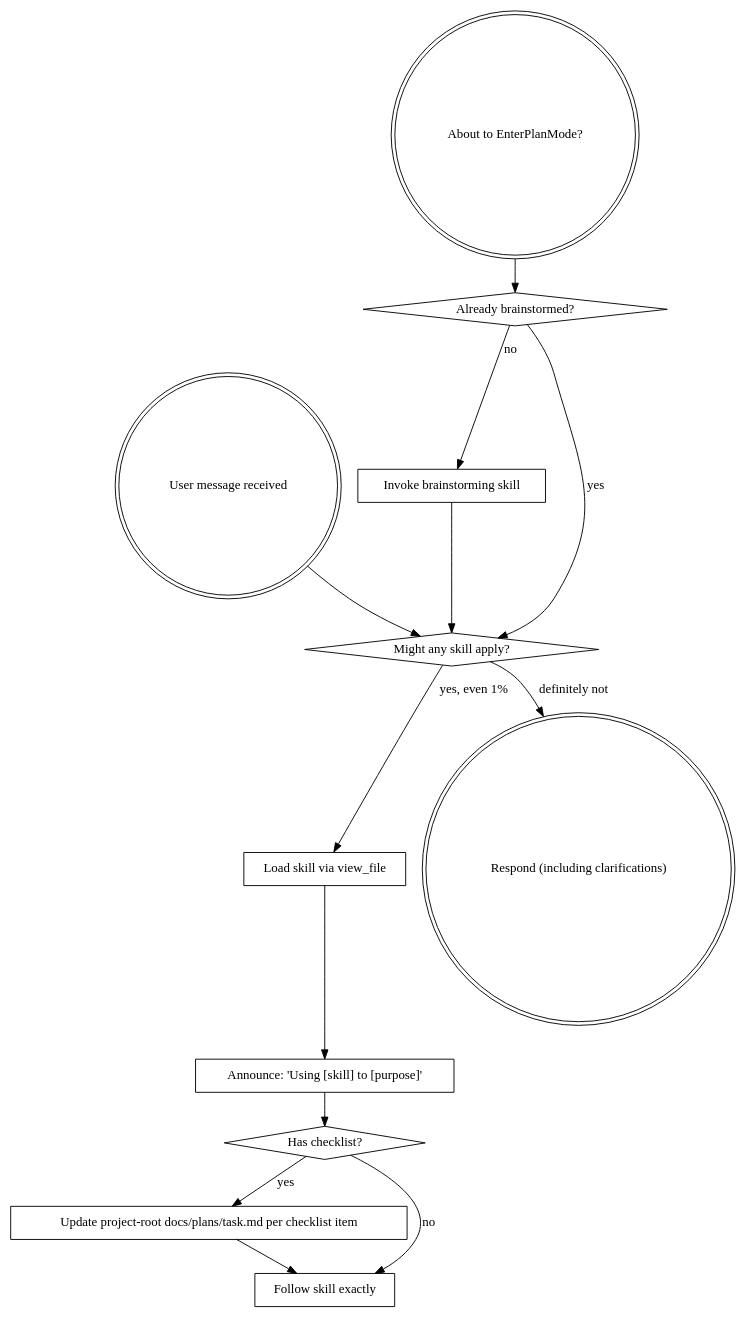
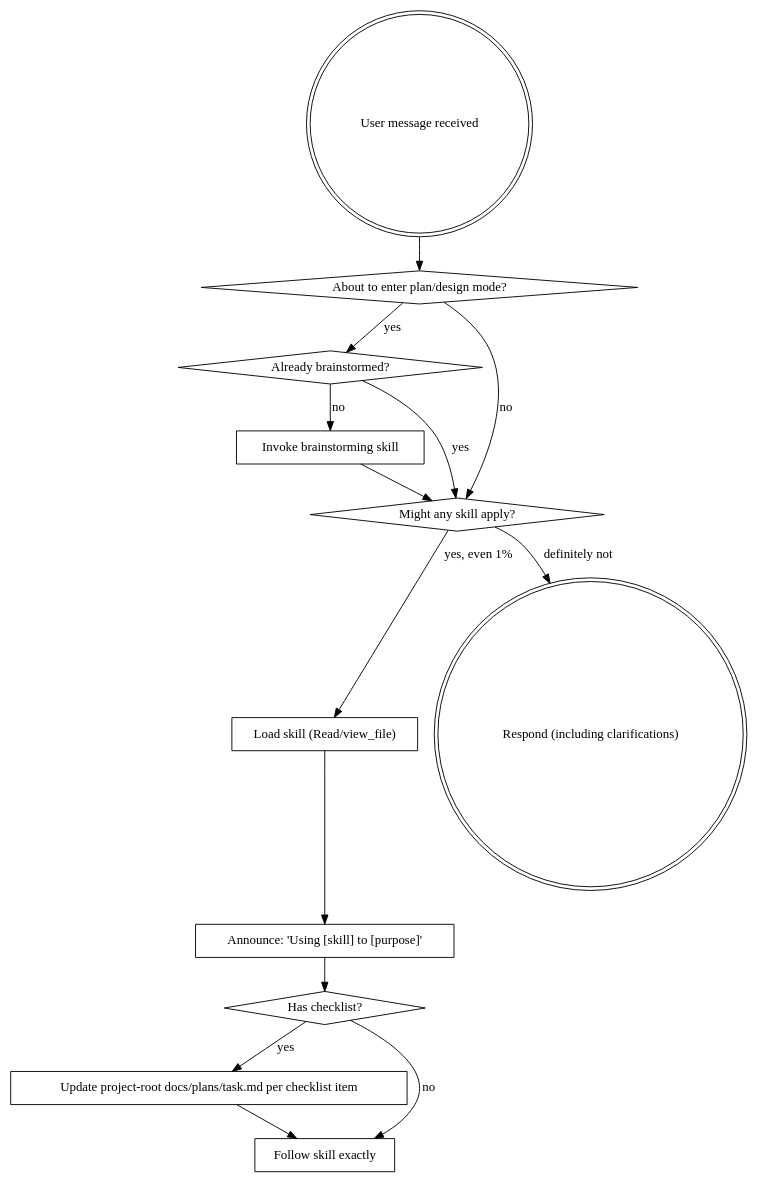
One commit to joranski/agents changed the diagram in stubs/agents/skills/using-superpowers/SKILL.md. Above: the diagram before and after it, drawn with Graphviz. The commit also changed other lines of this file and 13 other files, not shown here.

````diff
--- a/stubs/agents/skills/using-superpowers/SKILL.md
+++ b/stubs/agents/skills/using-superpowers/SKILL.md
@@ -26,29 +26,30 @@
 ```dot
 digraph skill_flow {
     "User message received" [shape=doublecircle];
-    "About to EnterPlanMode?" [shape=doublecircle];
+    "About to enter plan/design mode?" [shape=diamond];
     "Already brainstormed?" [shape=diamond];
     "Invoke brainstorming skill" [shape=box];
     "Might any skill apply?" [shape=diamond];
-    "Load skill via view_file" [shape=box];
+    "Load skill (Read/view_file)" [shape=box];
     "Announce: 'Using [skill] to [purpose]'" [shape=box];
     "Has checklist?" [shape=diamond];
     "Update project-root docs/plans/task.md per checklist item" [shape=box];
     "Follow skill exactly" [shape=box];
     "Respond (including clarifications)" [shape=doublecircle];
 
-    "About to EnterPlanMode?" -> "Already brainstormed?";
+    "User message received" -> "About to enter plan/design mode?";
+    "About to enter plan/design mode?" -> "Already brainstormed?" [label="yes"];
+    "About to enter plan/design mode?" -> "Might any skill apply?" [label="no"];
     "Already brainstormed?" -> "Invoke brainstorming skill" [label="no"];
     "Already brainstormed?" -> "Might any skill apply?" [label="yes"];
     "Invoke brainstorming skill" -> "Might any skill apply?";
 
-    "User message received" -> "Might any skill apply?";
-    "Might any skill apply?" -> "Load skill via view_file" [label="yes, even 1%"];
+    "Might any skill apply?" -> "Load skill (Read/view_file)" [label="yes, even 1%"];
     "Might any skill apply?" -> "Respond (including clarifications)" [label="definitely not"];
-    "Load skill via view_file" -> "Announce: 'Using [skill] to [purpose]'";
+    "Load skill (Read/view_file)" -> "Announce: 'Using [skill] to [purpose]'";
     "Announce: 'Using [skill] to [purpose]'" -> "Has checklist?";
     "Has checklist?" -> "Update project-root docs/plans/task.md per checklist item" [label="yes"];
     "Has checklist?" -> "Follow skill exactly" [label="no"];
     "Update project-root docs/plans/task.md per checklist item" -> "Follow skill exactly";
 }
 ```
````
